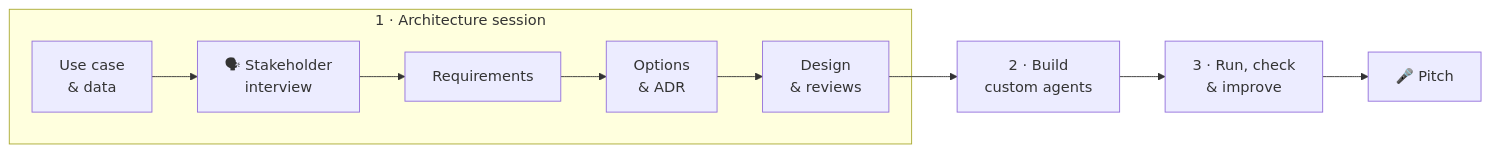
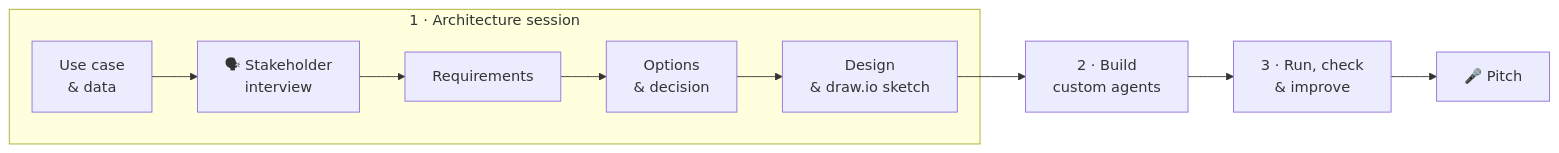
One commit to LaetitiaMa1410/ghcp-agent-team-lab changed the diagram in README.md. Above: the diagram before and after it, drawn with Mermaid. The commit also changed other lines of this file and 4 other files, not shown here.

Commit message:
Architecture session: merge options into 1d, add draw.io sketch step, drop ADR, pre-mortem and cross-team review

````diff
--- a/README.md
+++ b/README.md
@@ -26,7 +26,7 @@
 ```mermaid
 flowchart LR
   subgraph S1["1 · Architecture session"]
-    A["Use case<br/>& data"] --> I["🗣 Stakeholder<br/>interview"] --> R["Requirements"] --> O["Options<br/>& ADR"] --> D["Design<br/>& reviews"]
+    A["Use case<br/>& data"] --> I["🗣 Stakeholder<br/>interview"] --> R["Requirements"] --> O["Options<br/>& decision"] --> D["Design<br/>& draw.io sketch"]
   end
   D --> C["2 · Build<br/>custom agents"] --> E["3 · Run, check<br/>& improve"] --> P["🎤 Pitch"]
 ```
````
